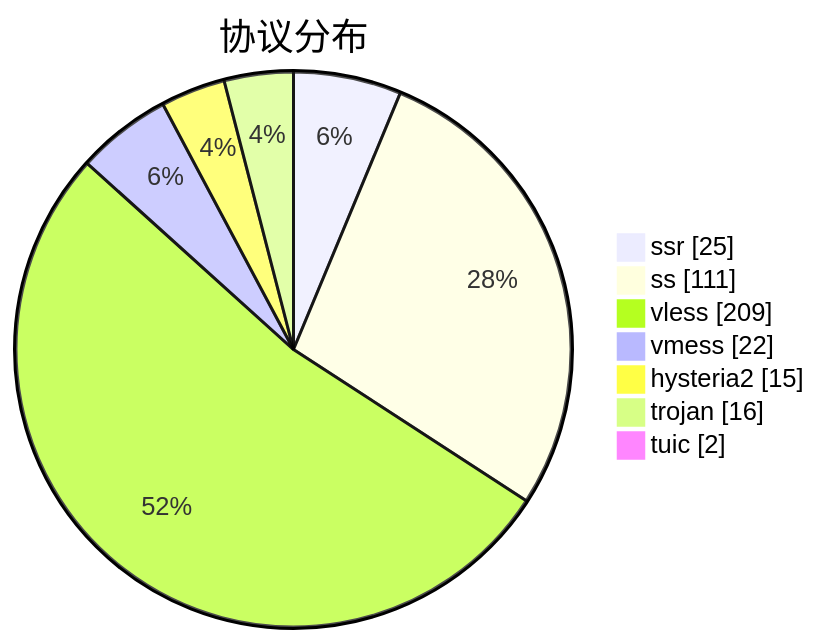
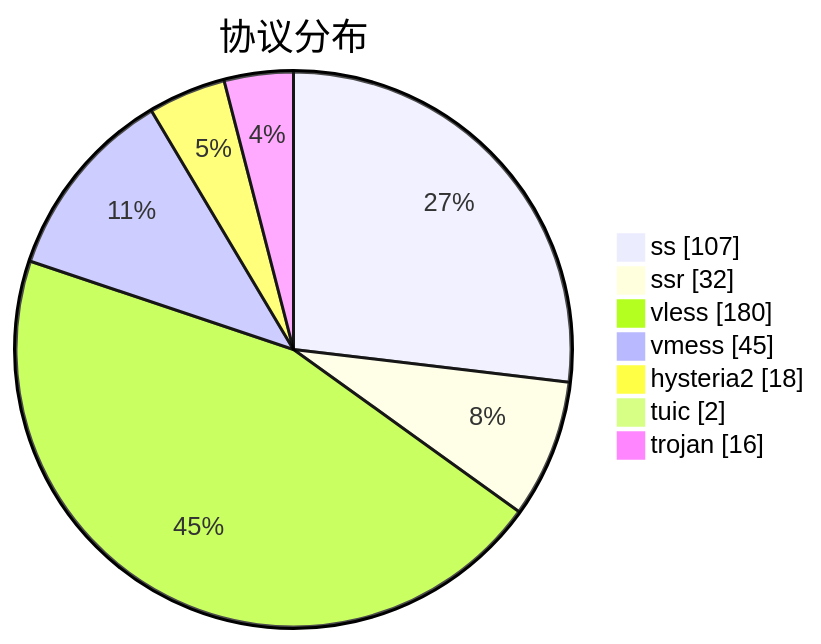
Before and after one commit to qjlxg/airport: the third of 3 diagrams in subs/statistics/tested_within.md, drawn with Mermaid. The commit also changed other lines of this file and 2 other files, not shown here.

````diff
--- a/subs/statistics/tested_within.md
+++ b/subs/statistics/tested_within.md
@@ -31,11 +35,11 @@
 ```mermaid
 pie showData
 title 协议分布
-"ssr" : 25
-"ss" : 111
-"vless" : 209
-"vmess" : 22
-"hysteria2" : 15
+"ss" : 107
+"ssr" : 32
+"vless" : 180
+"vmess" : 45
+"hysteria2" : 18
+"tuic" : 2
 "trojan" : 16
-"tuic" : 2
 ```
````
